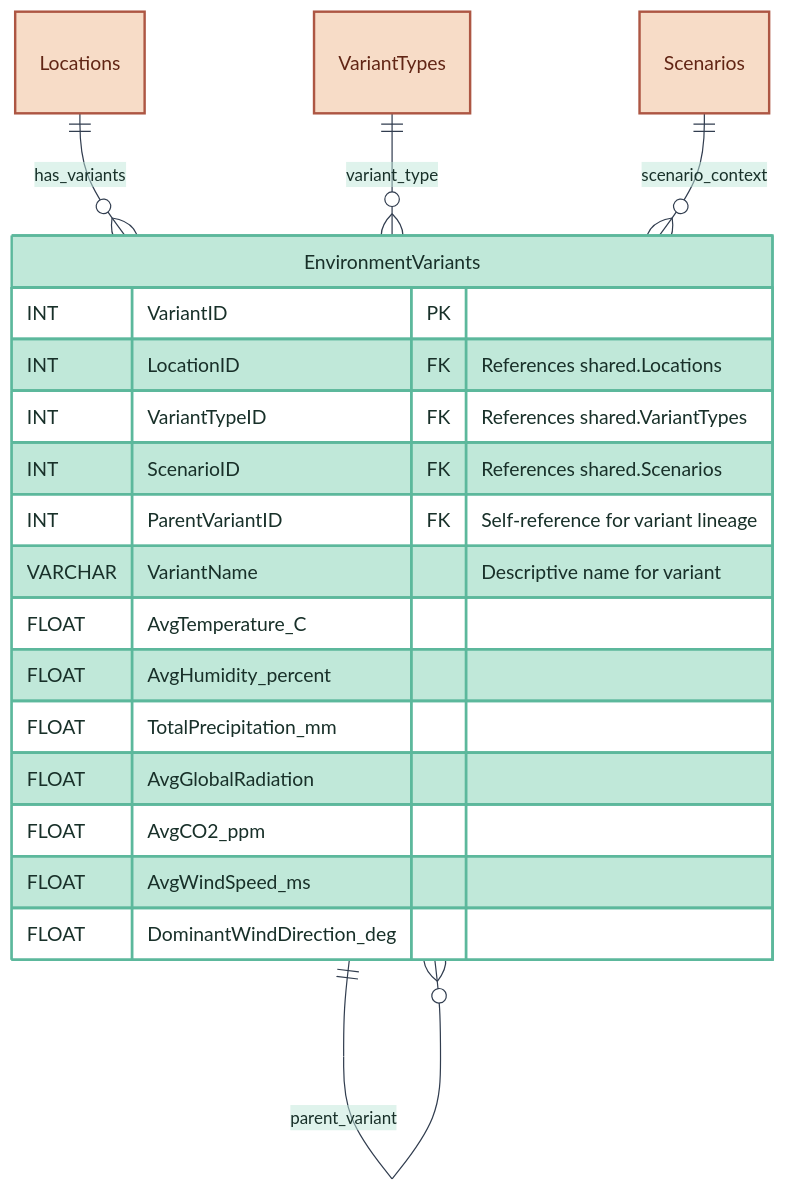
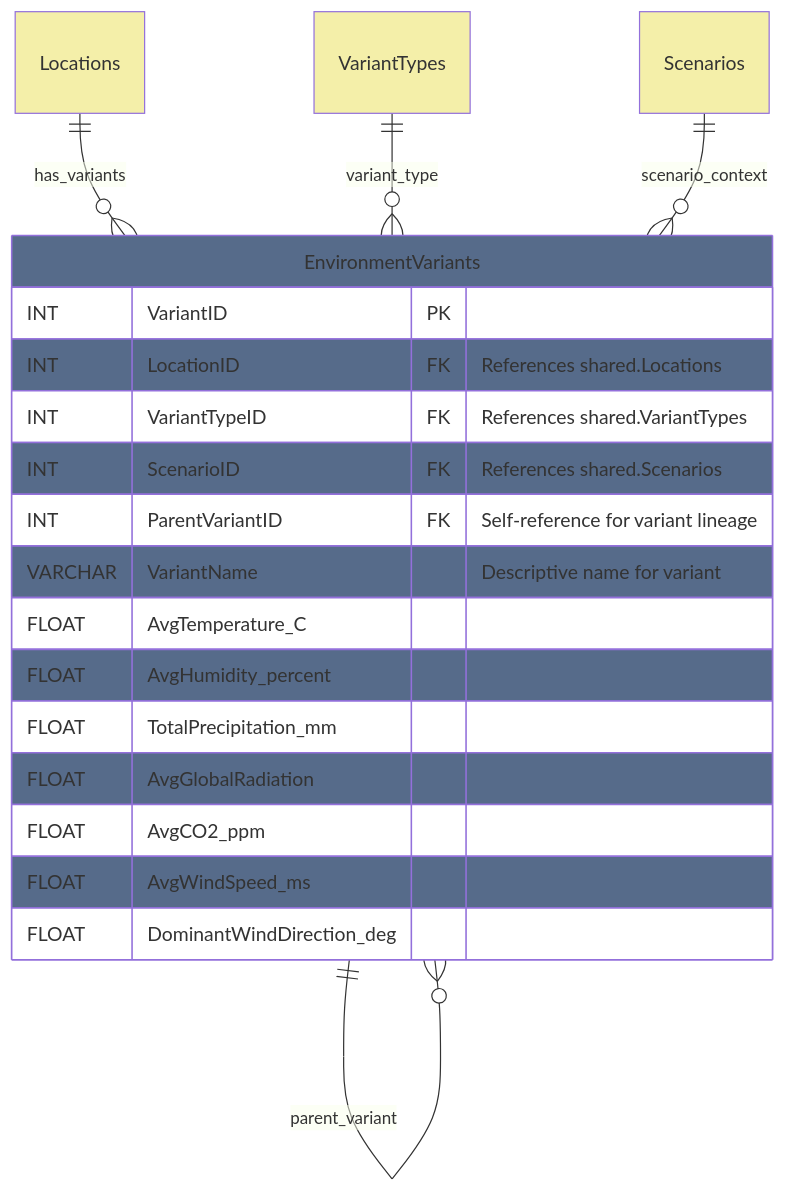
The eighth of 8 diagrams in docs/architecture/database.md (XRFutureForests/digital-twin-db), drawn with Mermaid before and after one commit. The commit also changed other lines of this file and 31 other files, not shown here.

````diff
--- a/docs/architecture/database.md
+++ b/docs/architecture/database.md
@@ -382,53 +301,32 @@
 ```mermaid
-%%{
-  init: {
-    'theme': 'base',
-    'themeVariables': {
-      'background': '#FFFFFF',
-      'fontFamily': 'verdana',
-      'lineColor': '#313d4f',
-      'primaryColor': '#8cdbc0',
-      'primaryTextColor': '#183029',
-      'primaryBorderColor': '#265e4d',
-      'secondaryColor': '#71a897',
-      'secondaryTextColor': '#183029',
-      'secondaryBorderColor': '#458875',
-      'tertiaryColor': '#c0e8d9',
-      'tertiaryTextColor': '#183029',
-      'tertiaryBorderColor': '#5cb89c'
-    }
-  }
-}%%
 erDiagram
     Locations
     VariantTypes
     Scenarios
 
     EnvironmentVariants {
         INT VariantID PK
         INT LocationID FK "References shared.Locations"
         INT VariantTypeID FK "References shared.VariantTypes"
         INT ScenarioID FK "References shared.Scenarios"
         INT ParentVariantID FK "Self-reference for variant lineage"
         VARCHAR VariantName "Descriptive name for variant"
         FLOAT AvgTemperature_C
         FLOAT AvgHumidity_percent
         FLOAT TotalPrecipitation_mm
         FLOAT AvgGlobalRadiation
         FLOAT AvgCO2_ppm
         FLOAT AvgWindSpeed_ms
         FLOAT DominantWindDirection_deg
     }
 
     Locations ||--o{ EnvironmentVariants : has_variants
     VariantTypes ||--o{ EnvironmentVariants : variant_type
     Scenarios ||--o{ EnvironmentVariants : scenario_context
     EnvironmentVariants ||--o{ EnvironmentVariants : parent_variant
 
-    %% Table coloring
-    classDef refTable fill:#f7dcc7,stroke:#ad5643,stroke-width:2px,color:#612515
-    classDef coreTable fill:#c0e8d9,stroke:#5cb89c,stroke-width:2px,color:#183029
-    
-    class Locations,VariantTypes,Scenarios refTable
-    class EnvironmentVariants coreTable
+    classDef shared fill:#F4EFA9
+    classDef environment fill:#566b8a
+    class Locations,VariantTypes,Scenarios shared
+    class EnvironmentVariants environment
 ```
````
